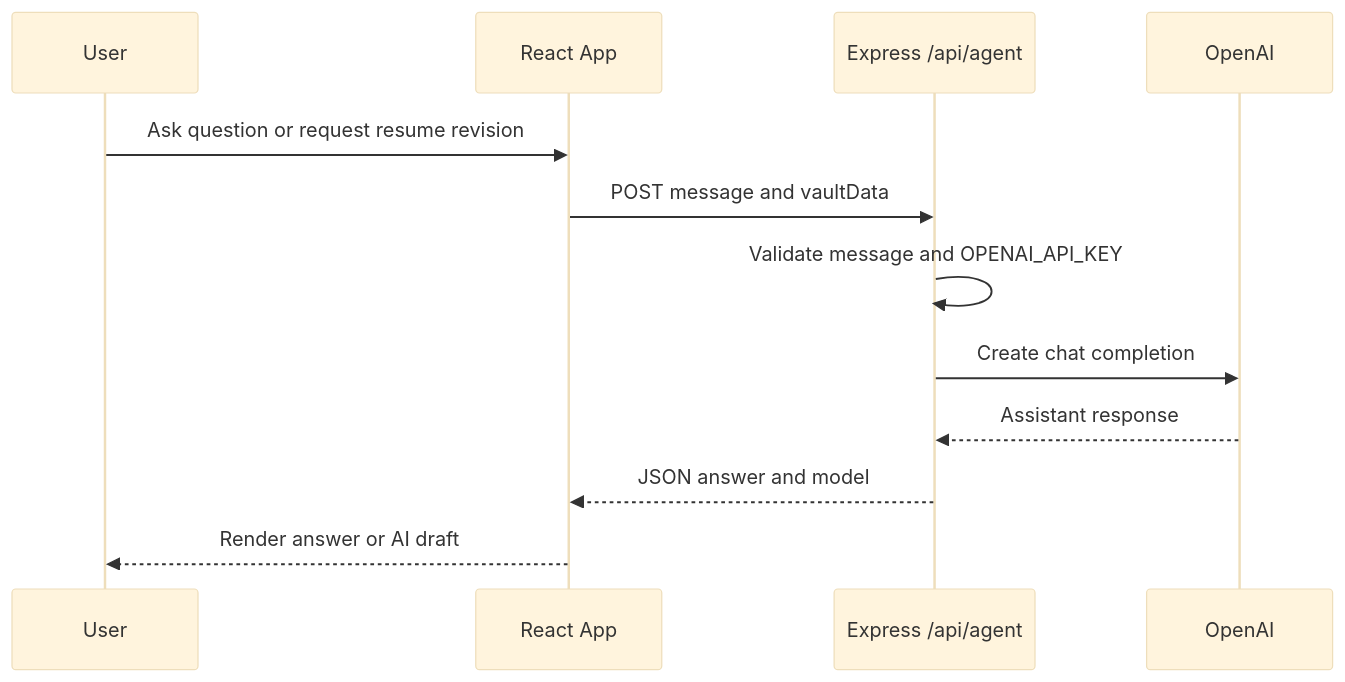
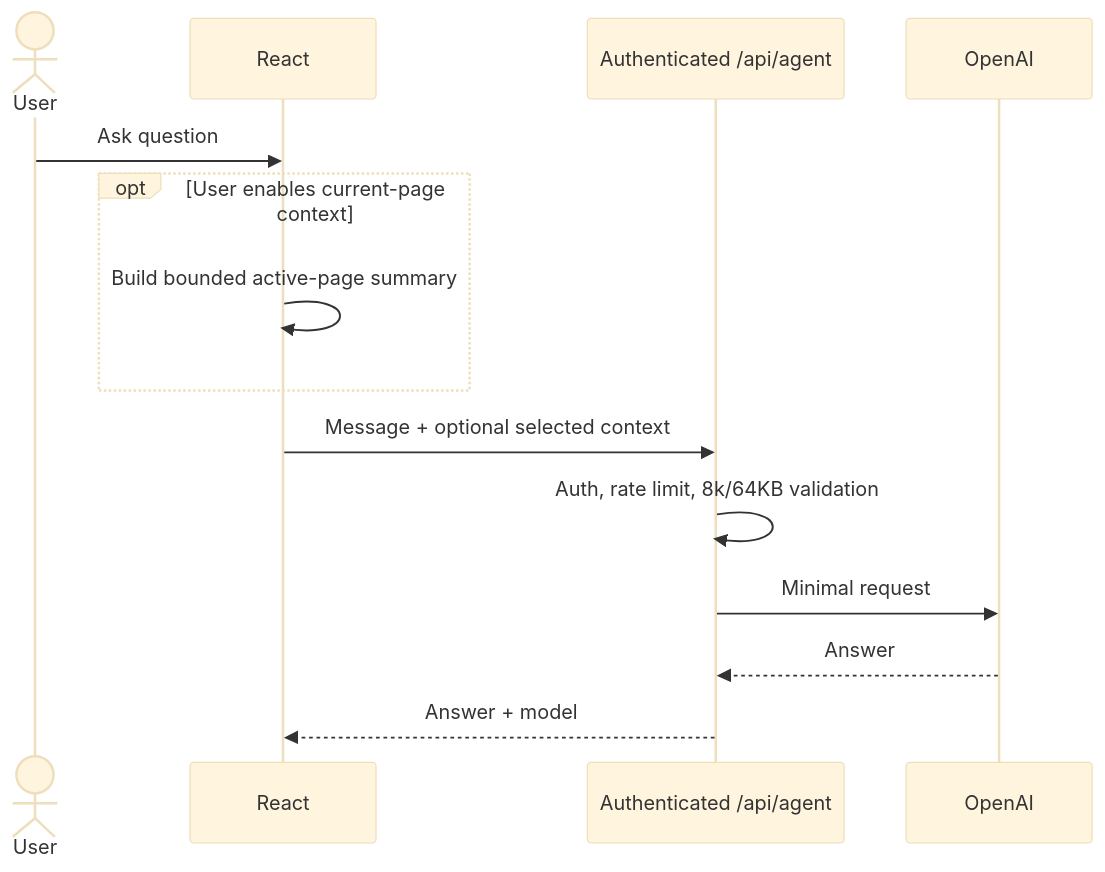
Before and after one commit to Akiirolabs/IOVault: the third of 3 diagrams in docs/diagrams.md, drawn with Mermaid (base theme). The commit also changed other lines of this file and 27 other files, not shown here.

````diff
--- a/docs/diagrams.md
+++ b/docs/diagrams.md
@@ -38,15 +36,16 @@
 ```mermaid
 sequenceDiagram
-  participant User
-  participant React as React App
-  participant API as Express /api/agent
-  participant OpenAI
-
-  User->>React: Ask question or request resume revision
-  React->>API: POST message and vaultData
-  API->>API: Validate message and OPENAI_API_KEY
-  API->>OpenAI: Create chat completion
-  OpenAI-->>API: Assistant response
-  API-->>React: JSON answer and model
-  React-->>User: Render answer or AI draft
+  actor U as User
+  participant R as React
+  participant A as Authenticated /api/agent
+  participant O as OpenAI
+  U->>R: Ask question
+  opt User enables current-page context
+    R->>R: Build bounded active-page summary
+  end
+  R->>A: Message + optional selected context
+  A->>A: Auth, rate limit, 8k/64KB validation
+  A->>O: Minimal request
+  O-->>A: Answer
+  A-->>R: Answer + model
 ```
````
